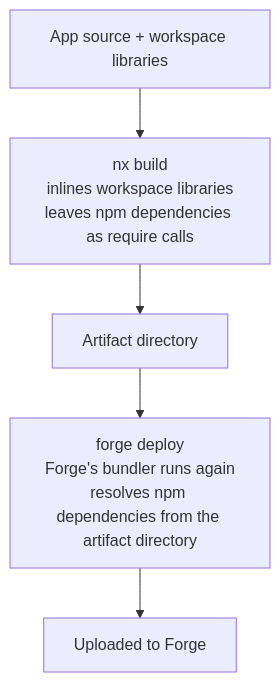
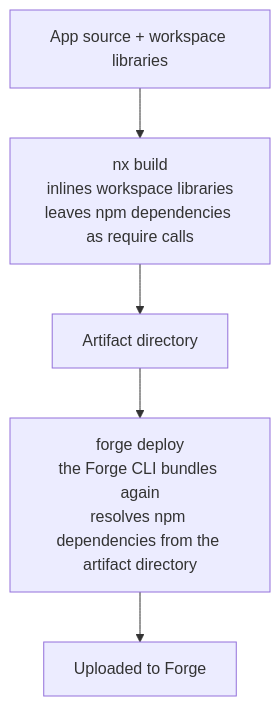
The second of 2 diagrams in docs/concepts/plugin-concepts.md (toolsplus/nx-forge), drawn with Mermaid before and after one commit. The commit also changed other lines of this file and 8 other files, not shown here.

First line of the commit message:
docs: fix cut-off Mermaid labels and name the Forge CLI consistently

````diff
--- a/docs/concepts/plugin-concepts.md
+++ b/docs/concepts/plugin-concepts.md
@@ -70,7 +70,7 @@
 ```mermaid
 flowchart TB
   SRC["App source + workspace libraries"] --> B1["nx build<br/>inlines workspace libraries<br/>leaves npm dependencies as require calls"]
   B1 --> ART["Artifact directory"]
-  ART --> B2["forge deploy<br/>Forge's bundler runs again<br/>resolves npm dependencies from the artifact directory"]
+  ART --> B2["forge deploy<br/>the Forge CLI bundles again<br/>resolves npm dependencies from the artifact directory"]
   B2 --> UP["Uploaded to Forge"]
 ```
````
